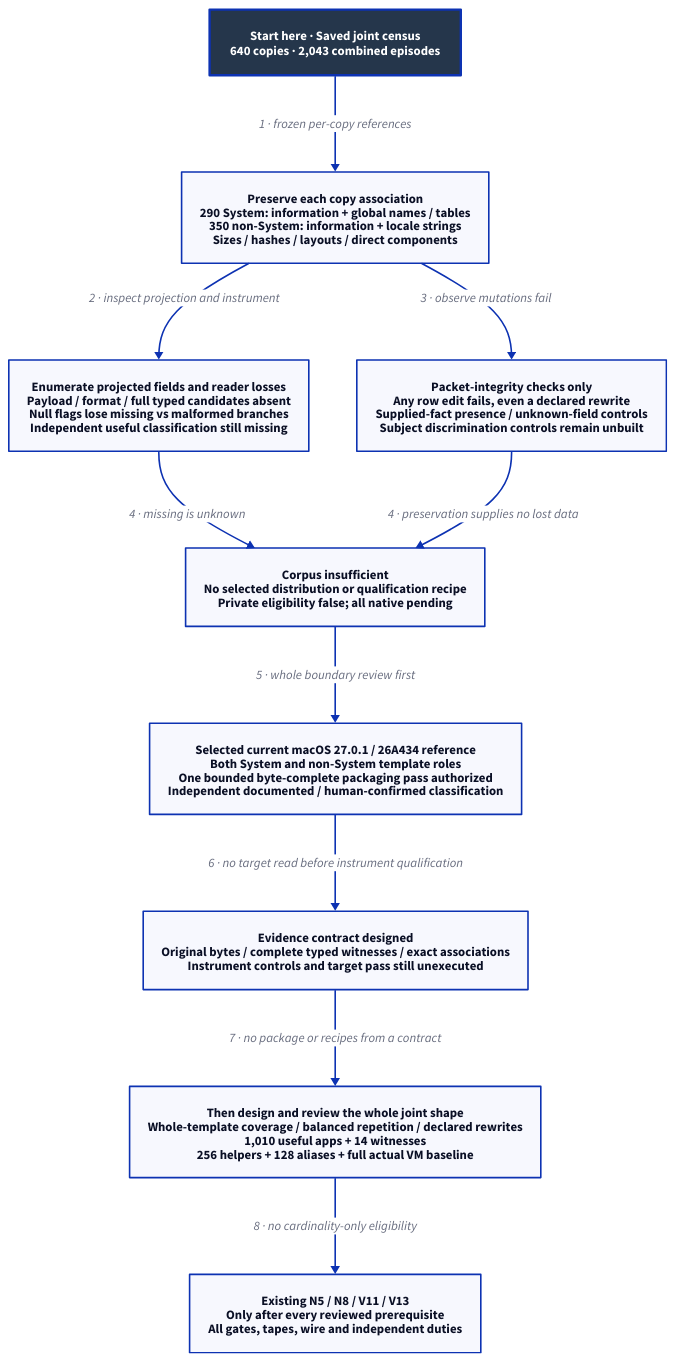
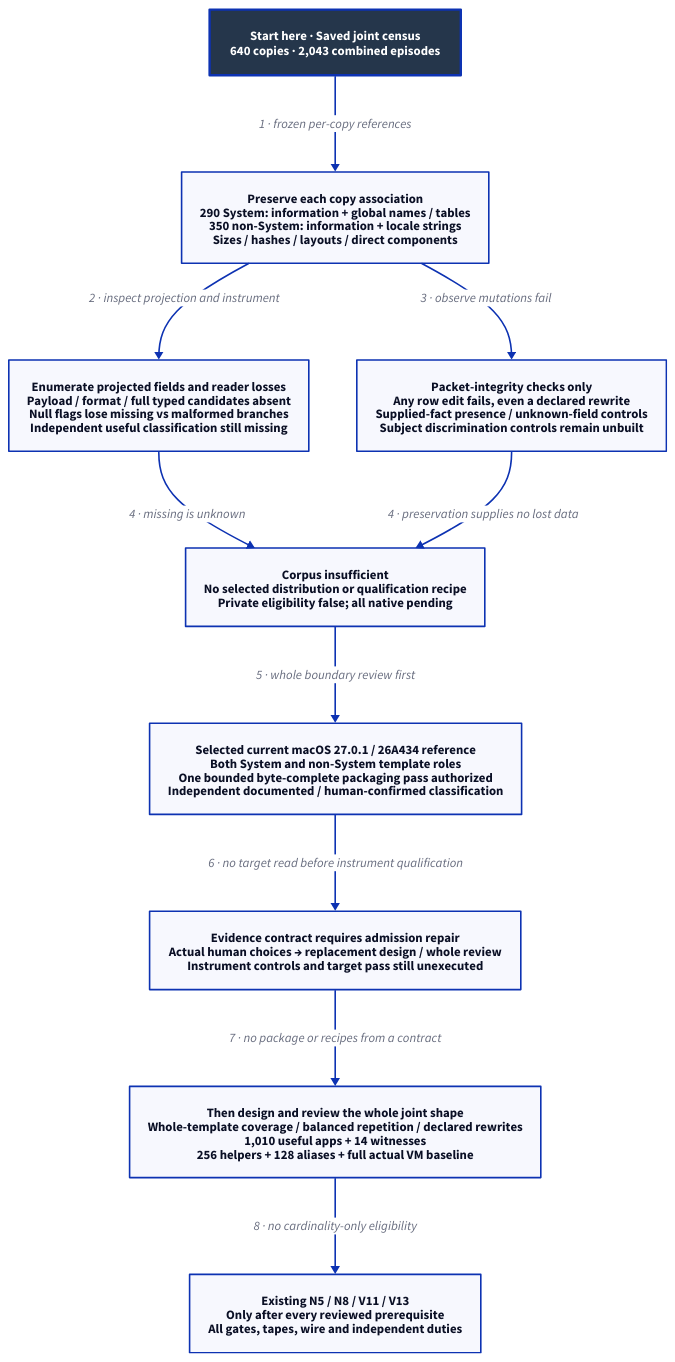
Before and after one commit to Linkuistics/Koine: the diagram in docs/design/architecture/native-population-metadata-shape.d2, drawn with D2. The commit also changed 45 other files, not shown here.

Commit message:
Integrate admission review and sequence replacement design (reference-evidence-admission-k272)

```diff
--- a/docs/design/architecture/native-population-metadata-shape.d2
+++ b/docs/design/architecture/native-population-metadata-shape.d2
@@ -1,23 +1,23 @@
 # Historical boundary and selected current-reference requirements; no useful subject or native pass.
 direction: down
 classes: {
   start: {style: {fill: "#25364B"; font-color: "#FFFFFF"; bold: true; stroke-width: 3}}
 }
 Start: "Start here · Saved joint census\n640 copies · 2,043 combined episodes" {class: start}
 Known: "Preserve each copy association\n290 System: information + global names / tables\n350 non-System: information + locale strings\nSizes / hashes / layouts / direct components"
 Missing: "Enumerate projected fields and reader losses\nPayload / format / full typed candidates absent\nNull flags lose missing vs malformed branches\nIndependent useful classification still missing"
 Control: "Packet-integrity checks only\nAny row edit fails, even a declared rewrite\nSupplied-fact presence / unknown-field controls\nSubject discrimination controls remain unbuilt"
 Boundary: "Corpus insufficient\nNo selected distribution or qualification recipe\nPrivate eligibility false; all native pending"
 Decision: "Selected current macOS 27.0.1 / 26A434 reference\nBoth System and non-System template roles\nOne bounded byte-complete packaging pass authorized\nIndependent documented / human-confirmed classification"
-Contract: "Evidence contract designed\nOriginal bytes / complete typed witnesses / exact associations\nInstrument controls and target pass still unexecuted"
+Contract: "Evidence contract requires admission repair\nActual human choices → replacement design / whole review\nInstrument controls and target pass still unexecuted"
 Design: "Then design and review the whole joint shape\nWhole-template coverage / balanced repetition / declared rewrites\n1,010 useful apps + 14 witnesses\n256 helpers + 128 aliases + full actual VM baseline"
 Native: "Existing N5 / N8 / V11 / V13\nOnly after every reviewed prerequisite\nAll gates, tapes, wire and independent duties"
 Start -> Known: "1 · frozen per-copy references"
 Known -> Missing: "2 · inspect projection and instrument"
 Known -> Control: "3 · observe mutations fail"
 Missing -> Boundary: "4 · missing is unknown"
 Control -> Boundary: "4 · preservation supplies no lost data"
 Boundary -> Decision: "5 · whole boundary review first"
 Decision -> Contract: "6 · no target read before instrument qualification"
 Contract -> Design: "7 · no package or recipes from a contract"
 Design -> Native: "8 · no cardinality-only eligibility"
```
